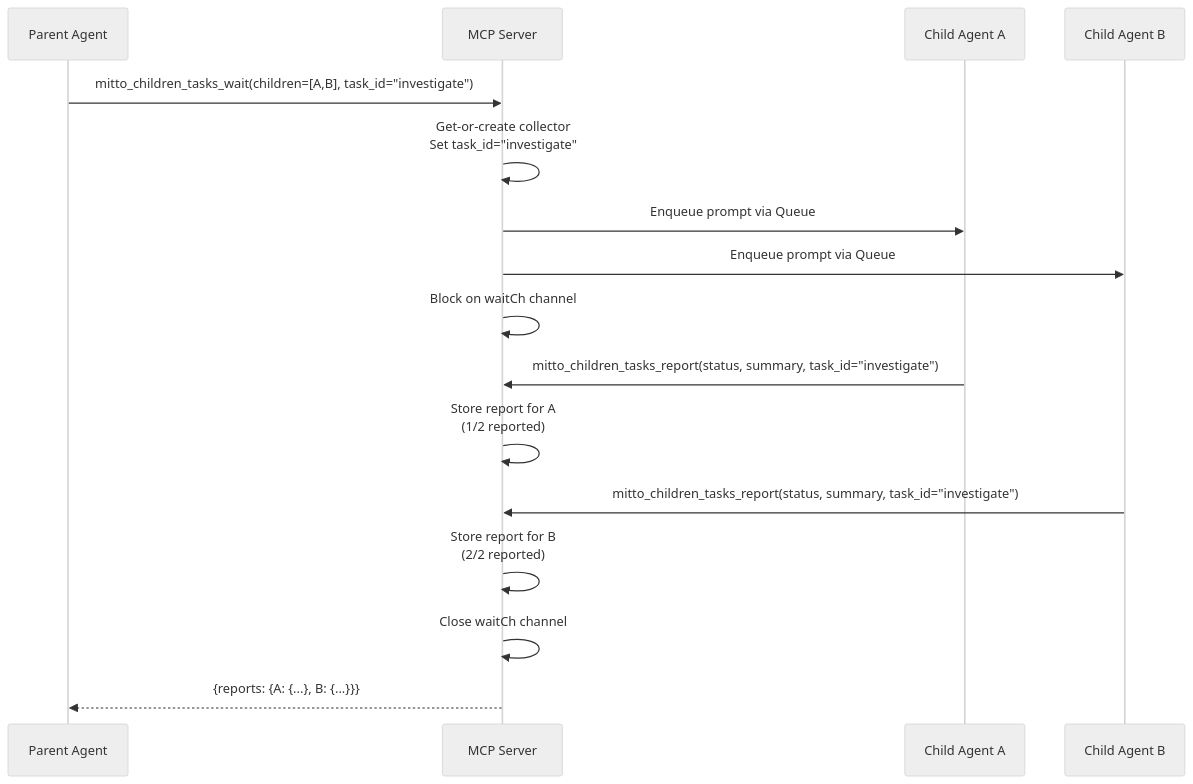
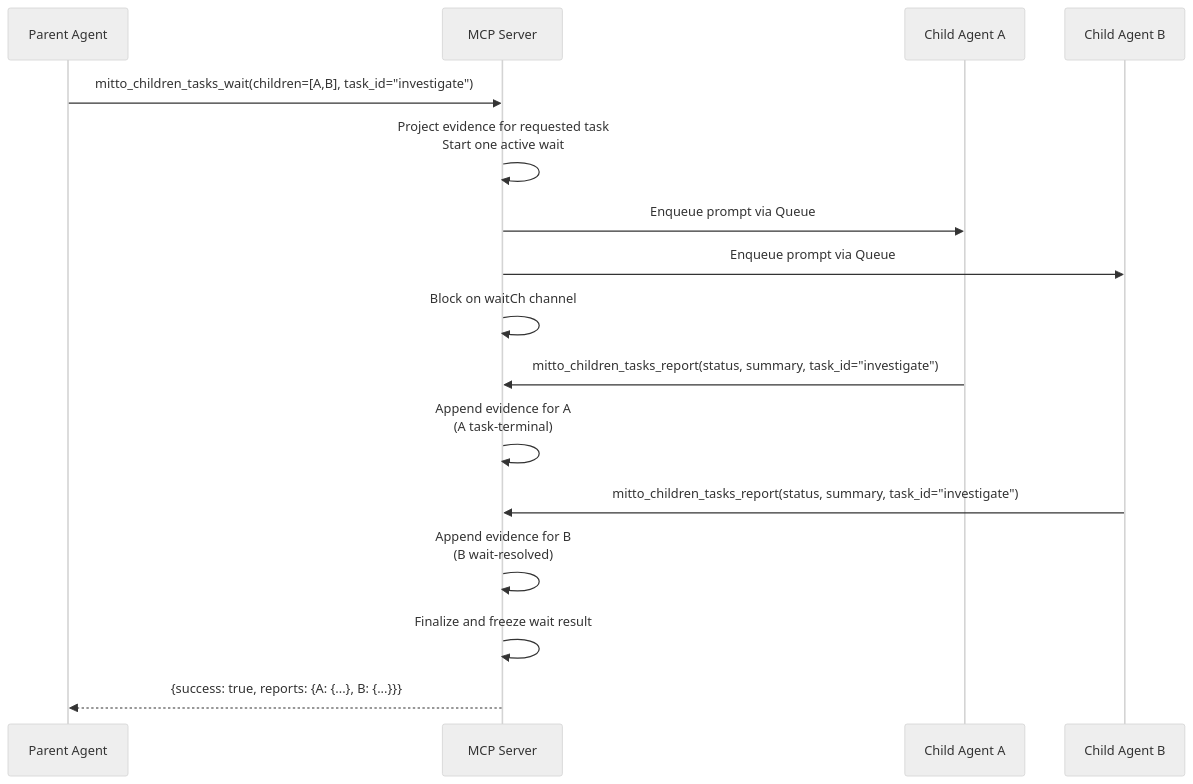
Before and after one commit to inercia/mitto: the third of 6 diagrams in docs/devel/mcp.md, drawn with Mermaid (neutral theme). The commit also changed other lines of this file and 5 other files, not shown here.

Commit message:
docs(mcp): clarify child task outcomes

````diff
--- a/docs/devel/mcp.md
+++ b/docs/devel/mcp.md
@@ -1136,22 +1157,22 @@
 ```mermaid
 sequenceDiagram
     participant Parent as Parent Agent
     participant MCP as MCP Server
     participant Child1 as Child Agent A
     participant Child2 as Child Agent B
 
     Parent->>MCP: mitto_children_tasks_wait(children=[A,B], task_id="investigate")
-    MCP->>MCP: Get-or-create collector<br/>Set task_id="investigate"
+    MCP->>MCP: Project evidence for requested task<br/>Start one active wait
     MCP->>Child1: Enqueue prompt via Queue
     MCP->>Child2: Enqueue prompt via Queue
     MCP->>MCP: Block on waitCh channel
 
     Child1->>MCP: mitto_children_tasks_report(status, summary, task_id="investigate")
-    MCP->>MCP: Store report for A<br/>(1/2 reported)
+    MCP->>MCP: Append evidence for A<br/>(A task-terminal)
 
     Child2->>MCP: mitto_children_tasks_report(status, summary, task_id="investigate")
-    MCP->>MCP: Store report for B<br/>(2/2 reported)
-    MCP->>MCP: Close waitCh channel
+    MCP->>MCP: Append evidence for B<br/>(B wait-resolved)
+    MCP->>MCP: Finalize and freeze wait result
 
-    MCP-->>Parent: {reports: {A: {...}, B: {...}}}
+    MCP-->>Parent: {success: true, reports: {A: {...}, B: {...}}}
 ```
````
